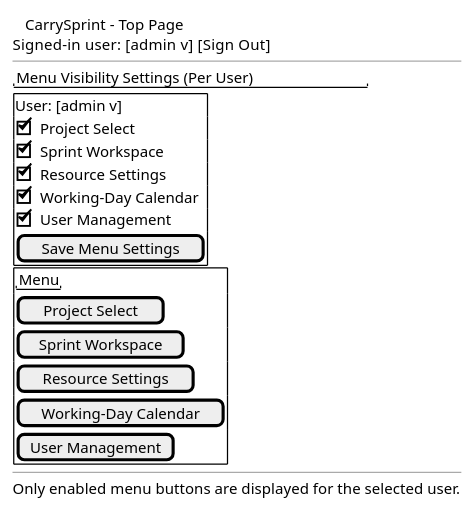
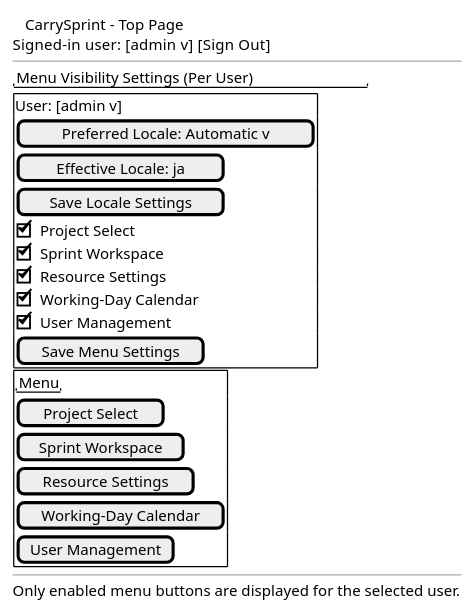
Before and after one commit to fangface-hub/carry_sprint_docs: the diagram in docs/ui/screen_top_page.puml, drawn with PlantUML. The commit also changed 3 other files, not shown here.

```diff
--- a/docs/ui/screen_top_page.puml
+++ b/docs/ui/screen_top_page.puml
@@ -1,32 +1,35 @@
 @startuml CarrySprintTopPageScreen
 salt
 {
 {T
 + CarrySprint - Top Page
 Signed-in user: [admin v]   [Sign Out]
 }
 --
 "Menu Visibility Settings (Per User)"
 {| 
 {+
 User: [admin v]
+[Preferred Locale: Automatic v]
+[Effective Locale: ja]
+[Save Locale Settings]
 [X] Project Select
 [X] Sprint Workspace
 [X] Resource Settings
 [X] Working-Day Calendar
 [X] User Management
 [Save Menu Settings]
 }
 {+
 "Menu"
 [Project Select]
 [Sprint Workspace]
 [Resource Settings]
 [Working-Day Calendar]
 [User Management]
 }
 |}
 --
 Only enabled menu buttons are displayed for the selected user.
 }
 @enduml
```
